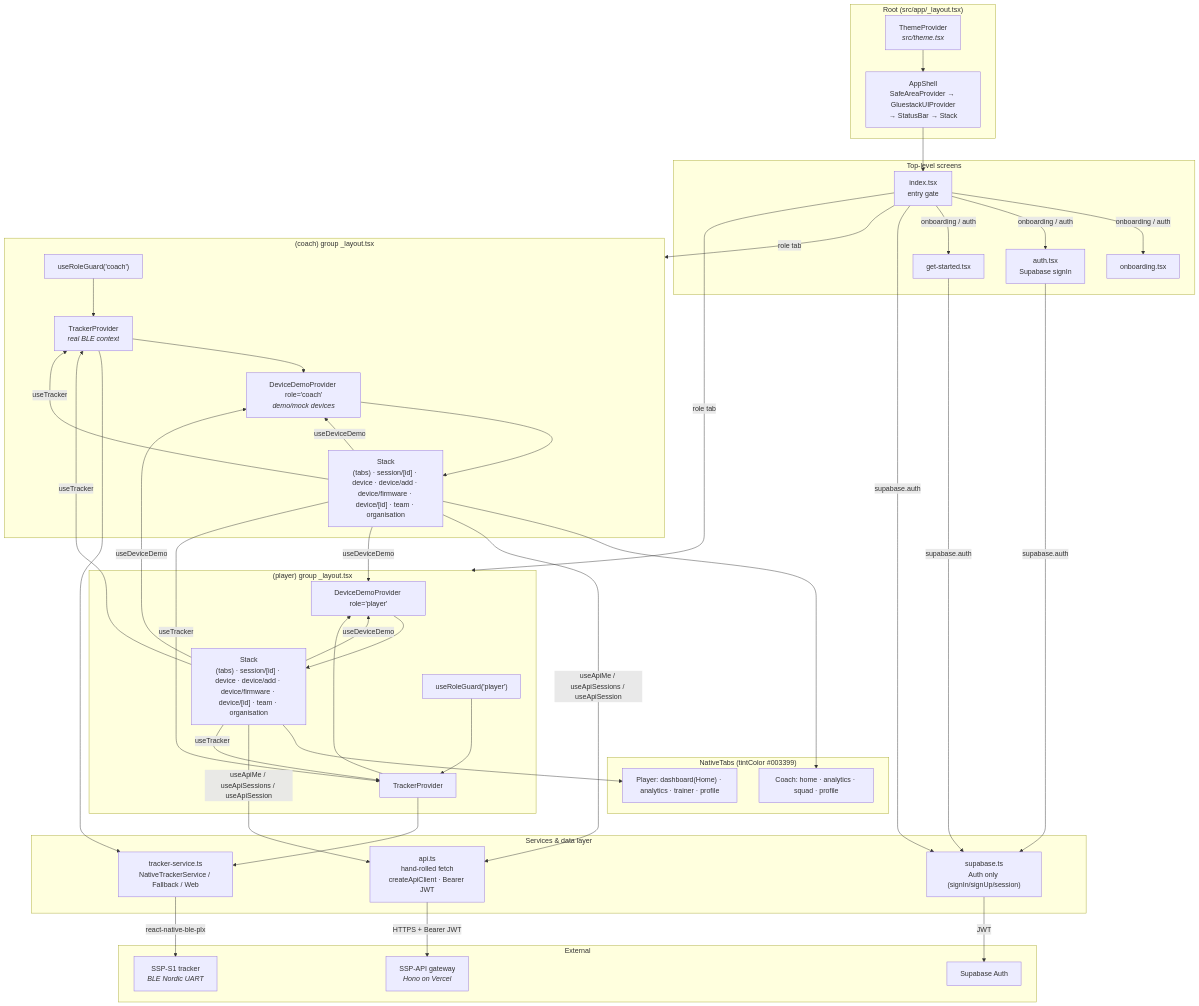
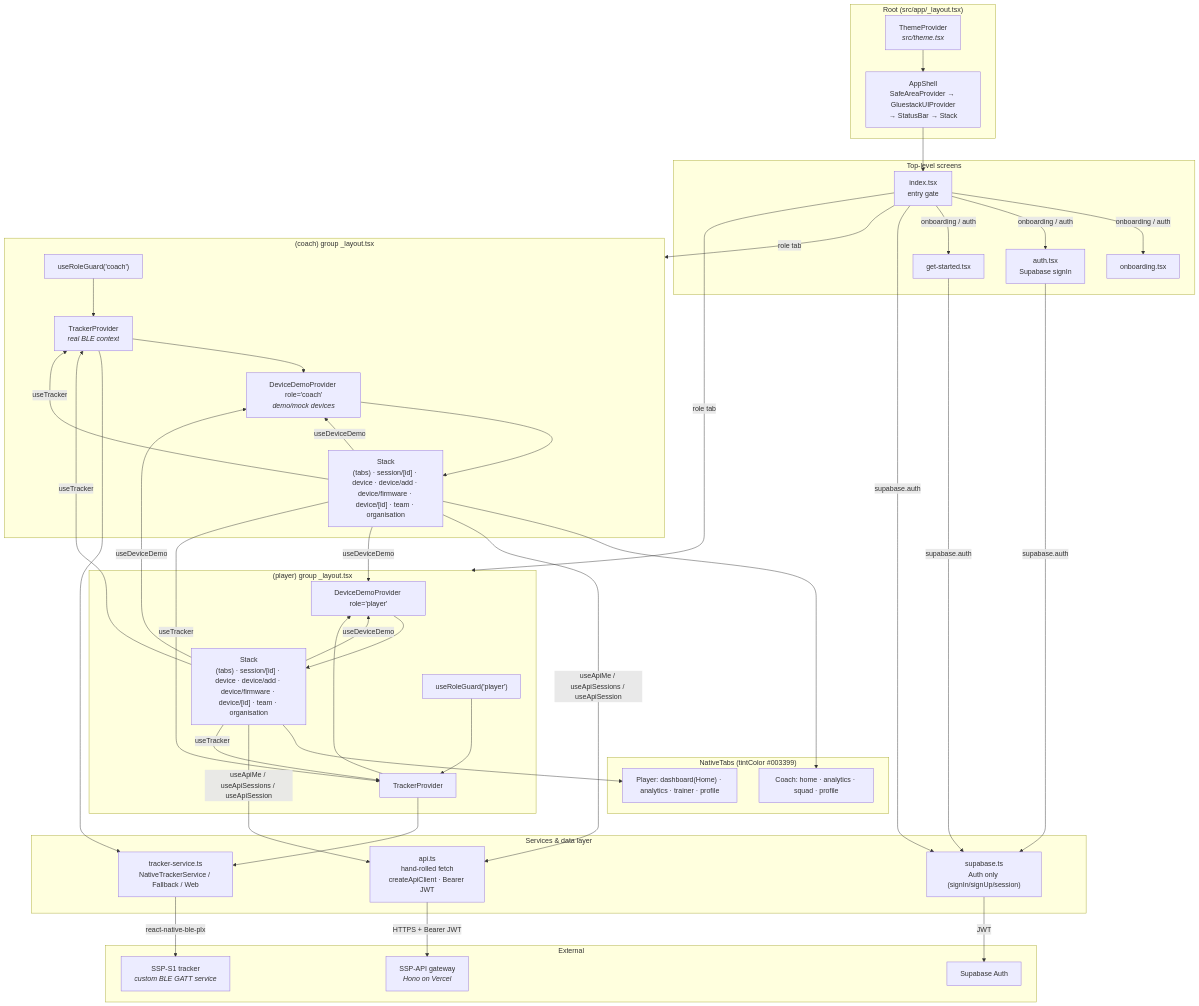
Before and after one commit to IzandlaSystem/SSP-Documentation: the third of 3 diagrams in docs/projects/mobile-app/architecture.md, drawn with Mermaid. The commit also changed other lines of this file and 37 other files, not shown here.

````diff
--- a/docs/projects/mobile-app/architecture.md
+++ b/docs/projects/mobile-app/architecture.md
@@ -249,62 +251,62 @@
 ```mermaid
 flowchart TB
     subgraph Root["Root (src/app/_layout.tsx)"]
         Theme["ThemeProvider<br/><i>src/theme.tsx</i>"]
         AppShell["AppShell<br/>SafeAreaProvider → GluestackUIProvider<br/>→ StatusBar → Stack"]
         Theme --> AppShell
     end
 
     subgraph Entry["Top-level screens"]
         Index["index.tsx<br/>entry gate"]
         Auth["auth.tsx<br/>Supabase signIn"]
         Onb["onboarding.tsx"]
         GS["get-started.tsx"]
     end
 
     subgraph CoachGroup["(coach) group _layout.tsx"]
         GuardC["useRoleGuard('coach')"]
         TrackC["TrackerProvider<br/><i>real BLE context</i>"]
         DemoC["DeviceDemoProvider role='coach'<br/><i>demo/mock devices</i>"]
         CoachStack["Stack<br/>(tabs) · session/[id] · device · device/add · device/firmware · device/[id] · team · organisation"]
         GuardC --> TrackC --> DemoC --> CoachStack
     end
 
     subgraph PlayerGroup["(player) group _layout.tsx"]
         GuardP["useRoleGuard('player')"]
         TrackP["TrackerProvider"]
         DemoP["DeviceDemoProvider role='player'"]
         PlayerStack["Stack<br/>(tabs) · session/[id] · device · device/add · device/firmware · device/[id] · team · organisation"]
         GuardP --> TrackP --> DemoP --> PlayerStack
     end
 
     subgraph Tabs["NativeTabs (tintColor #003399)"]
         CoachTabs["Coach: home · analytics · squad · profile"]
         PlayerTabs["Player: dashboard(Home) · analytics · trainer · profile"]
     end
 
     subgraph Services["Services & data layer"]
         Api["api.ts<br/>hand-rolled fetch<br/>createApiClient · Bearer JWT"]
         Supabase["supabase.ts<br/>Auth only (signIn/signUp/session)"]
         TrackerSvc["tracker-service.ts<br/>NativeTrackerService / Fallback / Web"]
     end
 
     subgraph External["External"]
         Gateway["SSP-API gateway<br/><i>Hono on Vercel</i>"]
         SupabaseCloud["Supabase Auth"]
-        S1["SSP-S1 tracker<br/><i>BLE Nordic UART</i>"]
+        S1["SSP-S1 tracker<br/><i>custom BLE GATT service</i>"]
     end
 
     AppShell --> Index
     Index -- "onboarding / auth" --> Onb & Auth & GS
     Index -- "role tab" --> CoachGroup & PlayerGroup
     CoachStack --> CoachTabs
     PlayerStack --> PlayerTabs
     CoachStack & PlayerStack -- "useApiMe / useApiSessions / useApiSession" --> Api
     CoachStack & PlayerStack -- "useDeviceDemo" --> DemoC & DemoP
     CoachStack & PlayerStack -- "useTracker" --> TrackC & TrackP
     Auth & Index & GS -- "supabase.auth" --> Supabase
     TrackC & TrackP --> TrackerSvc
     Api -- "HTTPS + Bearer JWT" --> Gateway
     Supabase -- "JWT" --> SupabaseCloud
     TrackerSvc -- "react-native-ble-plx" --> S1
 ```
````
